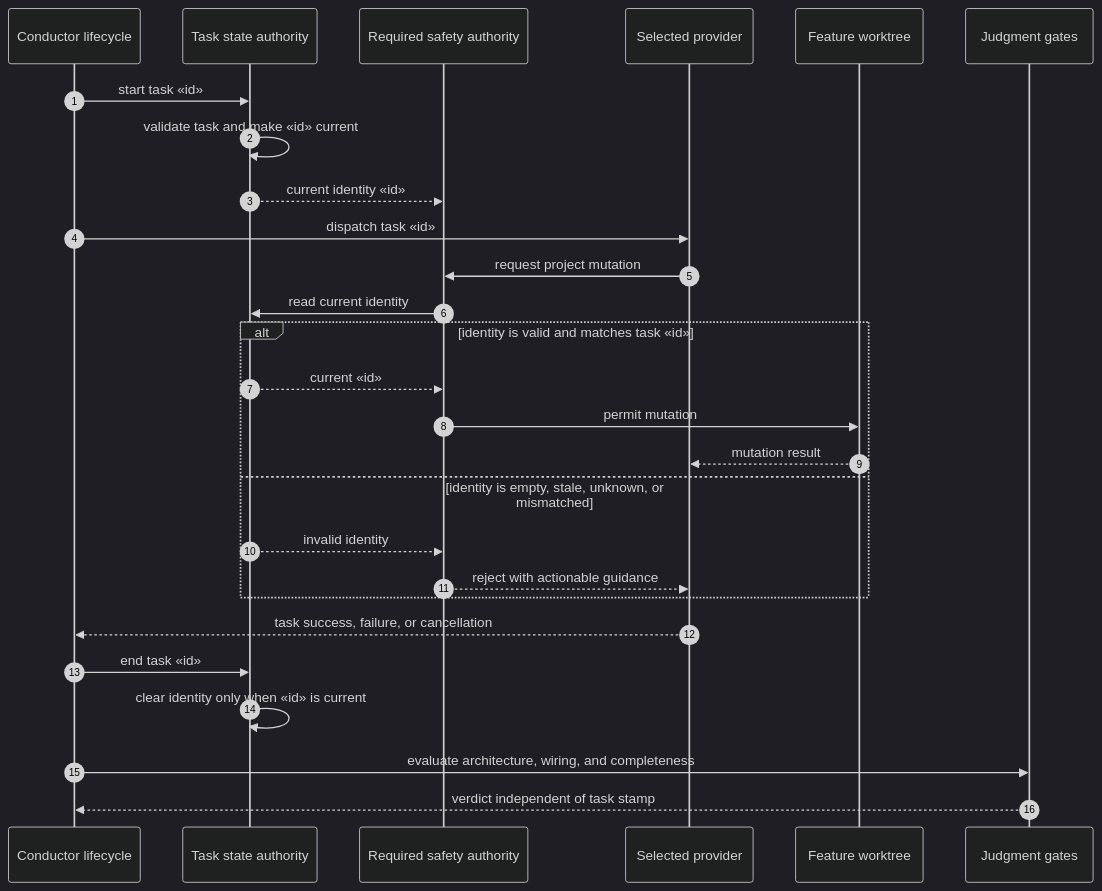
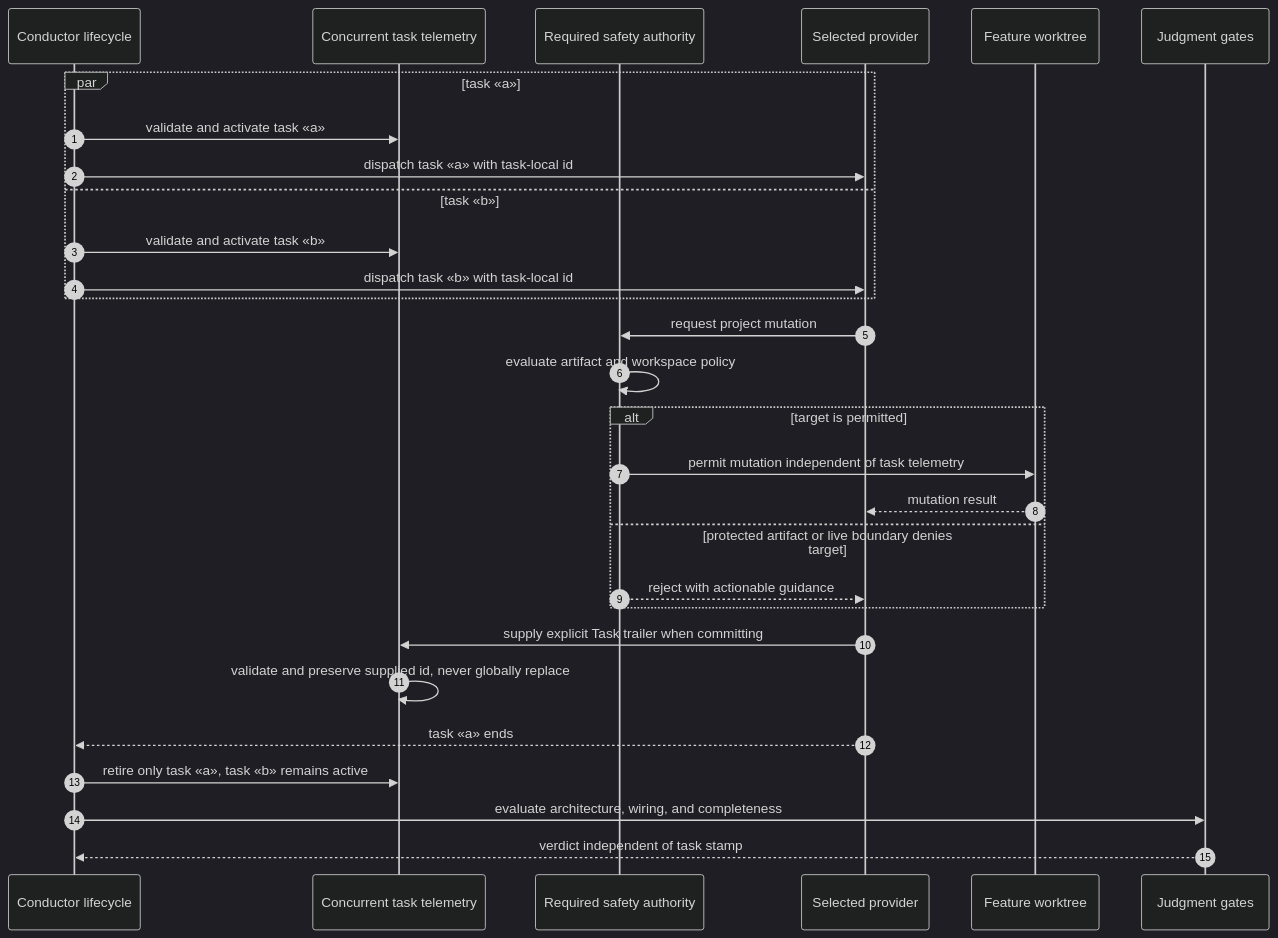
Before and after one commit to jstoup111/ai-conductor: the diagram in .docs/architecture/sequences/provider-neutral-task-safety-907.md, drawn with Mermaid (dark theme). The commit also changed other lines of this file and 26 other files, not shown here.

````diff
--- a/.docs/architecture/sequences/provider-neutral-task-safety-907.md
+++ b/.docs/architecture/sequences/provider-neutral-task-safety-907.md
@@ -9,30 +9,32 @@
 ```mermaid
 sequenceDiagram
     autonumber
     participant C as Conductor lifecycle
-    participant T as Task state authority
+    participant T as Concurrent task telemetry
     participant S as Required safety authority
     participant P as Selected provider
     participant W as Feature worktree
     participant J as Judgment gates
 
-    C->>T: start task «id»
-    T->>T: validate task and make «id» current
-    T-->>S: current identity «id»
-    C->>P: dispatch task «id»
+    par task «a»
+        C->>T: validate and activate task «a»
+        C->>P: dispatch task «a» with task-local id
+    and task «b»
+        C->>T: validate and activate task «b»
+        C->>P: dispatch task «b» with task-local id
+    end
     P->>S: request project mutation
-    S->>T: read current identity
-    alt identity is valid and matches task «id»
-        T-->>S: current «id»
-        S->>W: permit mutation
+    S->>S: evaluate artifact and workspace policy
+    alt target is permitted
+        S->>W: permit mutation independent of task telemetry
         W-->>P: mutation result
-    else identity is empty, stale, unknown, or mismatched
-        T-->>S: invalid identity
+    else protected artifact or live boundary denies target
         S-->>P: reject with actionable guidance
     end
-    P-->>C: task success, failure, or cancellation
-    C->>T: end task «id»
-    T->>T: clear identity only when «id» is current
+    P->>T: supply explicit Task trailer when committing
+    T->>T: validate and preserve supplied id, never globally replace
+    P-->>C: task «a» ends
+    C->>T: retire only task «a», task «b» remains active
     C->>J: evaluate architecture, wiring, and completeness
     J-->>C: verdict independent of task stamp
 ```
````
